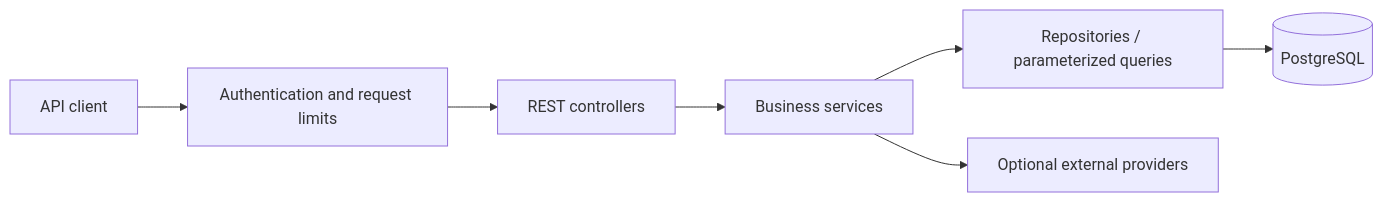
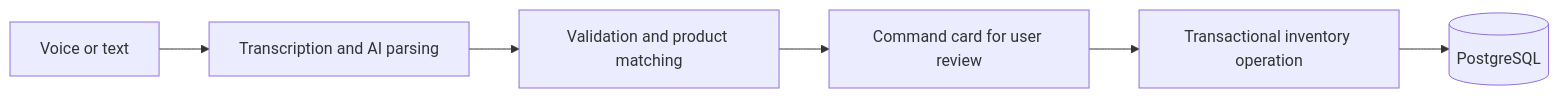
Before and after one commit to stallbek/sana-backend: the diagram in README.md, drawn with Mermaid. The commit also changed other lines of this file, not shown here.

````diff
--- a/README.md
+++ b/README.md
@@ -60,9 +16,8 @@
 ```mermaid
 flowchart LR
-    Client[API client] --> Filter[Authentication and request limits]
-    Filter --> Controller[REST controllers]
-    Controller --> Service[Business services]
-    Service --> Repository[Repositories / parameterized queries]
-    Repository --> DB[(PostgreSQL)]
-    Service --> Provider[Optional external providers]
+    Input[Voice or text] --> AI[Transcription and AI parsing]
+    AI --> Validate[Validation and product matching]
+    Validate --> Review[Command card for user review]
+    Review --> Execute[Transactional inventory operation]
+    Execute --> DB[(PostgreSQL)]
 ```
````
